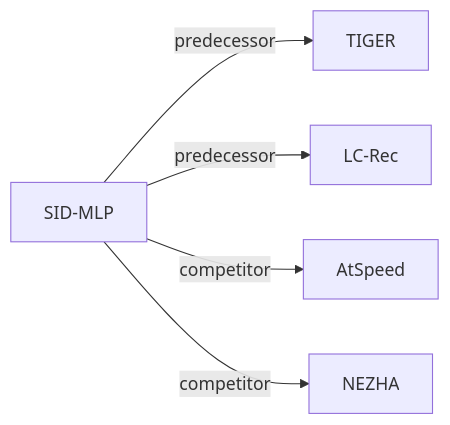
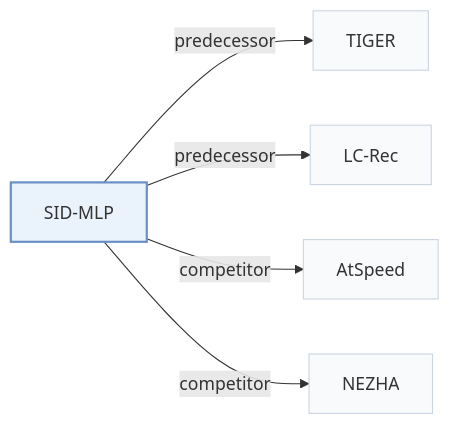
The second of 2 diagrams in pages/papers/sid-mlp.md (Galaxy-ghost/Awesome-SID-Generative-Rec), drawn with Mermaid before and after one commit. The commit also changed other lines of this file and 649 other files, not shown here.

Commit message:
writer-05: also tags and modality index (schema, check, build, visuals); summary field removed; calibration data for 12 papers

````diff
--- a/pages/papers/sid-mlp.md
+++ b/pages/papers/sid-mlp.md
@@ -68,8 +74,12 @@
 ```mermaid
 flowchart LR
     P["SID-MLP"]
-    P -->|predecessor| A["TIGER"]
-    P -->|predecessor| B["LC-Rec"]
-    P -->|competitor| C["AtSpeed"]
-    P -->|competitor| D["NEZHA"]
+    P -->|"predecessor"| A["TIGER"]
+    P -->|"predecessor"| B["LC-Rec"]
+    P -->|"competitor"| C["AtSpeed"]
+    P -->|"competitor"| D["NEZHA"]
+    classDef main fill:#eaf2fb,stroke:#6b8fc7,stroke-width:2px
+    classDef peer fill:#f8fafc,stroke:#cbd5e1
+    class P main
+    class A,B,C,D peer
 ```
````
